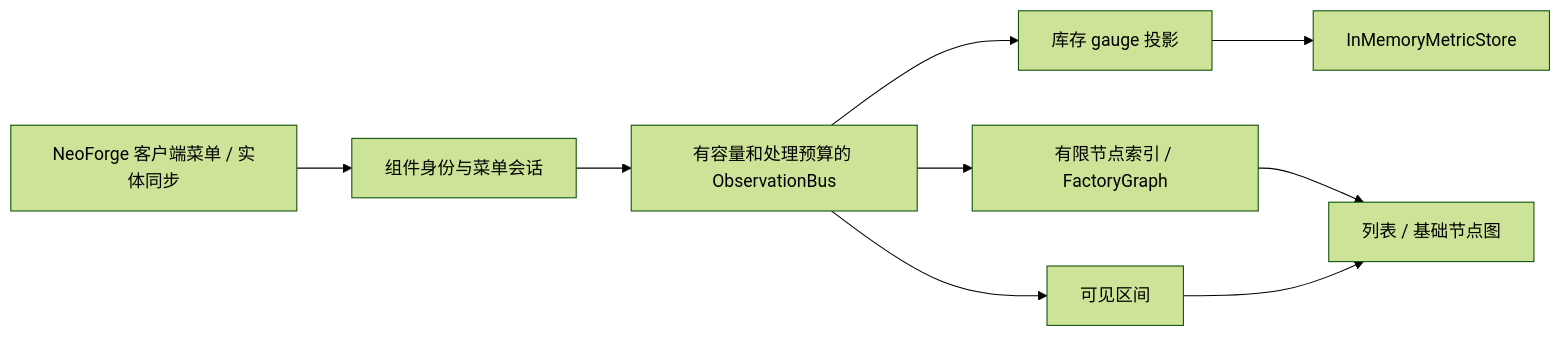
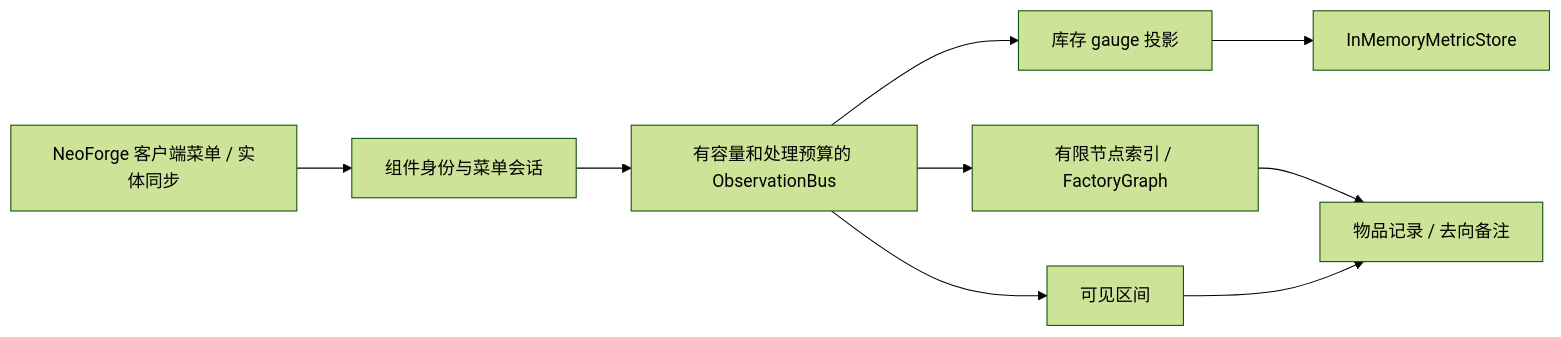
Before and after one commit to ChuanYuanNotBoat/factory-observability: the diagram in docs/architecture.md, drawn with Mermaid (forest theme). The commit also changed other lines of this file and 21 other files, not shown here.

````diff
--- a/docs/architecture.md
+++ b/docs/architecture.md
@@ -9,11 +9,11 @@
 ```mermaid
 flowchart LR
     Input[NeoForge 客户端菜单 / 实体同步] --> Bridge[组件身份与菜单会话]
     Bridge --> Bus[有容量和处理预算的 ObservationBus]
     Bus --> Projector[库存 gauge 投影]
     Bus --> Index[有限节点索引 / FactoryGraph]
     Bus --> Timeline[可见区间]
     Projector --> Store[InMemoryMetricStore]
-    Index --> UI[列表 / 基础节点图]
+    Index --> UI[物品记录 / 去向备注]
     Timeline --> UI
 ```
````
